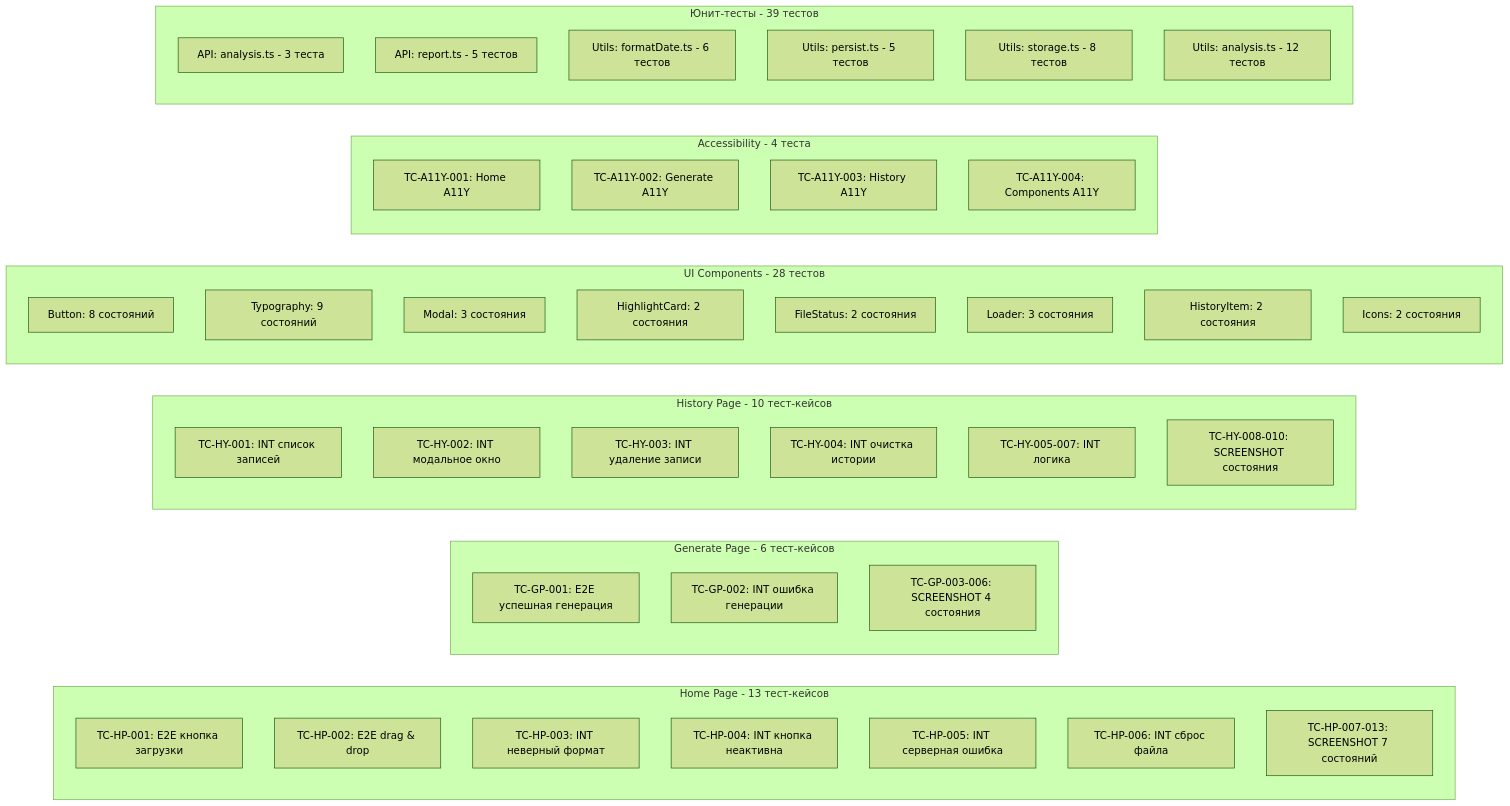
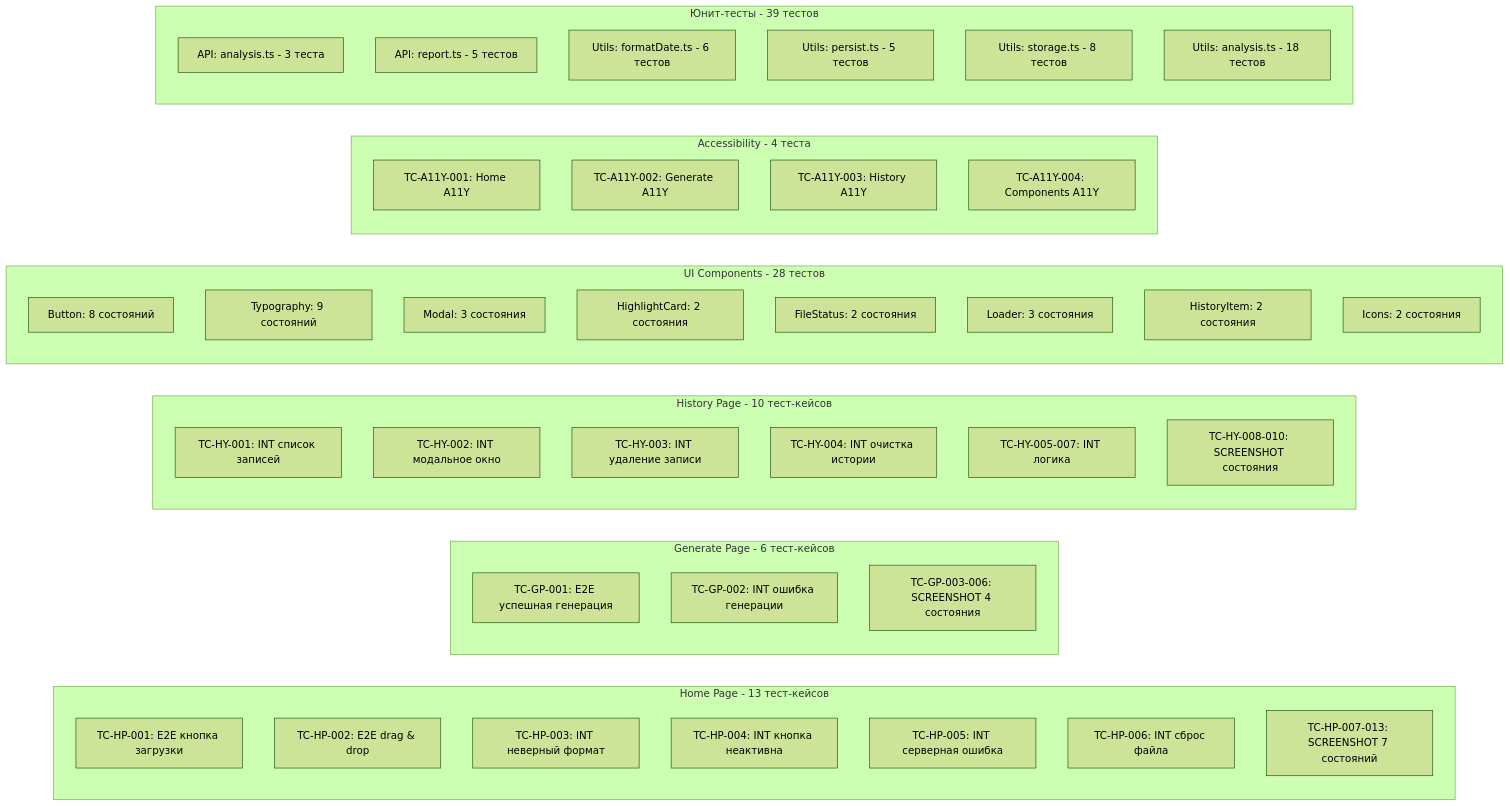
The third of 5 diagrams in docs/presentation.md (etozhenerk/shri-2025), drawn with Mermaid (forest theme) before and after one commit. The commit also changed other lines of this file and 9 other files, not shown here.

````diff
--- a/docs/presentation.md
+++ b/docs/presentation.md
@@ -190,54 +190,54 @@
 ```mermaid
 graph LR
     subgraph "Home Page - 13 тест-кейсов"
         HP1[TC-HP-001: E2E кнопка загрузки]
         HP2[TC-HP-002: E2E drag & drop]
         HP3[TC-HP-003: INT неверный формат]
         HP4[TC-HP-004: INT кнопка неактивна]
         HP5[TC-HP-005: INT серверная ошибка]
         HP6[TC-HP-006: INT сброс файла]
         HP7[TC-HP-007-013: SCREENSHOT 7 состояний]
     end
     
     subgraph "Generate Page - 6 тест-кейсов"
         GP1[TC-GP-001: E2E успешная генерация]
         GP2[TC-GP-002: INT ошибка генерации]
         GP3[TC-GP-003-006: SCREENSHOT 4 состояния]
     end
     
     subgraph "History Page - 10 тест-кейсов"
         HY1[TC-HY-001: INT список записей]
         HY2[TC-HY-002: INT модальное окно]
         HY3[TC-HY-003: INT удаление записи]
         HY4[TC-HY-004: INT очистка истории]
         HY5[TC-HY-005-007: INT логика]
         HY6[TC-HY-008-010: SCREENSHOT состояния]
     end
     
     subgraph "UI Components - 28 тестов"
         UI1[Button: 8 состояний]
         UI2[Typography: 9 состояний]
         UI3[Modal: 3 состояния]
         UI4[HighlightCard: 2 состояния]
         UI5[FileStatus: 2 состояния]
         UI6[Loader: 3 состояния]
         UI7[HistoryItem: 2 состояния]
         UI8[Icons: 2 состояния]
     end
     
     subgraph "Accessibility - 4 теста"
         A1[TC-A11Y-001: Home A11Y]
         A2[TC-A11Y-002: Generate A11Y]
         A3[TC-A11Y-003: History A11Y]
         A4[TC-A11Y-004: Components A11Y]
     end
     
     subgraph "Юнит-тесты - 39 тестов"
         UT1[API: analysis.ts - 3 теста]
         UT2[API: report.ts - 5 тестов]
         UT3[Utils: formatDate.ts - 6 тестов]
         UT4[Utils: persist.ts - 5 тестов]
         UT5[Utils: storage.ts - 8 тестов]
-        UT6[Utils: analysis.ts - 12 тестов]
+        UT6[Utils: analysis.ts - 18 тестов]
     end
 ```
````
